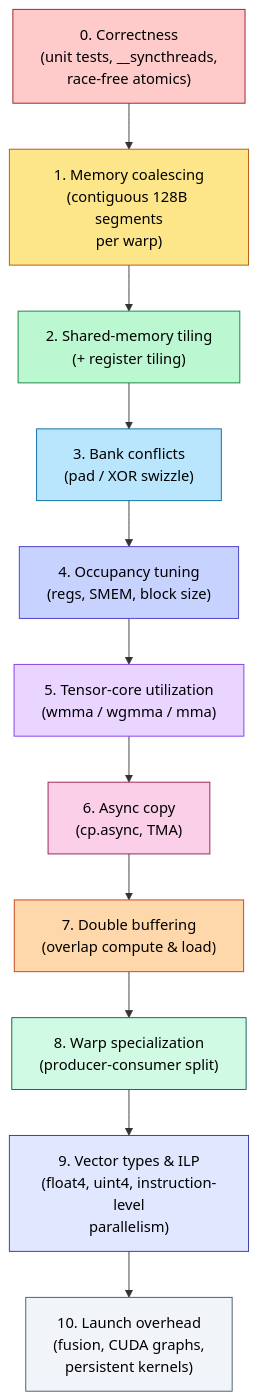
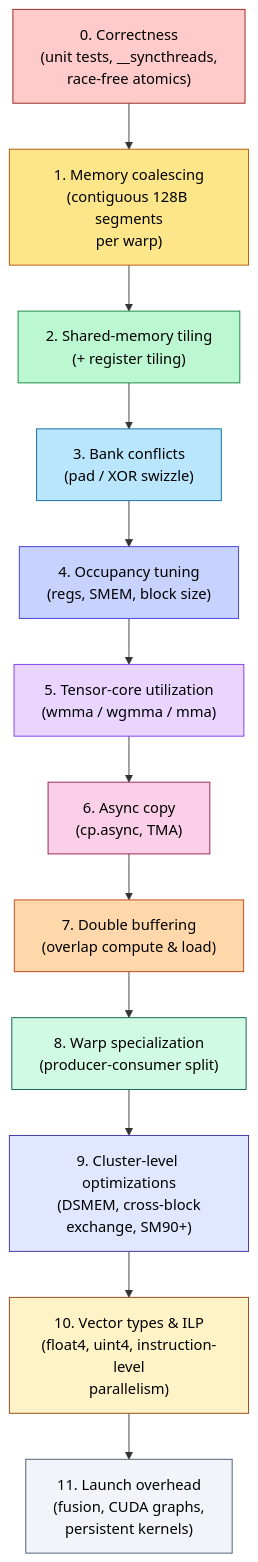
Before and after one commit to Wty2003328/ai_infra_intro: the first of 6 diagrams in ai_infra/L5_Kernels_and_Programming/CUDA_Optimization.md, drawn with Mermaid. The commit also changed other lines of this file and 62 other files, not shown here.

````diff
--- a/ai_infra/L5_Kernels_and_Programming/CUDA_Optimization.md
+++ b/ai_infra/L5_Kernels_and_Programming/CUDA_Optimization.md
@@ -17,26 +17,28 @@
 ```mermaid
 flowchart TD
     A["0. Correctness<br/>(unit tests, __syncthreads,<br/>race-free atomics)"] --> B
     B["1. Memory coalescing<br/>(contiguous 128B segments<br/>per warp)"] --> C
     C["2. Shared-memory tiling<br/>(+ register tiling)"] --> D
     D["3. Bank conflicts<br/>(pad / XOR swizzle)"] --> E
     E["4. Occupancy tuning<br/>(regs, SMEM, block size)"] --> F
     F["5. Tensor-core utilization<br/>(wmma / wgmma / mma)"] --> G
     G["6. Async copy<br/>(cp.async, TMA)"] --> H
     H["7. Double buffering<br/>(overlap compute & load)"] --> I
     I["8. Warp specialization<br/>(producer-consumer split)"] --> J
-    J["9. Vector types & ILP<br/>(float4, uint4, instruction-level<br/>parallelism)"] --> K
-    K["10. Launch overhead<br/>(fusion, CUDA graphs,<br/>persistent kernels)"]
+    J["9. Cluster-level optimizations<br/>(DSMEM, cross-block<br/>exchange, SM90+)"] --> K
+    K["10. Vector types & ILP<br/>(float4, uint4, instruction-level<br/>parallelism)"] --> L
+    L["11. Launch overhead<br/>(fusion, CUDA graphs,<br/>persistent kernels)"]
 
     style A fill:#fecaca,stroke:#991b1b,color:#000
     style B fill:#fde68a,stroke:#b45309,color:#000
     style C fill:#bbf7d0,stroke:#15803d,color:#000
     style D fill:#bae6fd,stroke:#0369a1,color:#000
     style E fill:#c7d2fe,stroke:#4338ca,color:#000
     style F fill:#e9d5ff,stroke:#7c3aed,color:#000
     style G fill:#fbcfe8,stroke:#9d174d,color:#000
     style H fill:#fed7aa,stroke:#c2410c,color:#000
     style I fill:#d1fae5,stroke:#065f46,color:#000
     style J fill:#e0e7ff,stroke:#3730a3,color:#000
-    style K fill:#f1f5f9,stroke:#475569,color:#000
+    style K fill:#fef3c7,stroke:#92400e,color:#000
+    style L fill:#f1f5f9,stroke:#475569,color:#000
 ```
````
